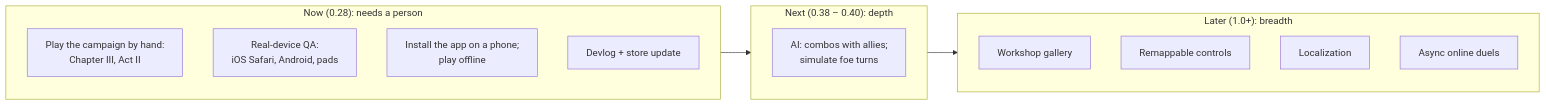
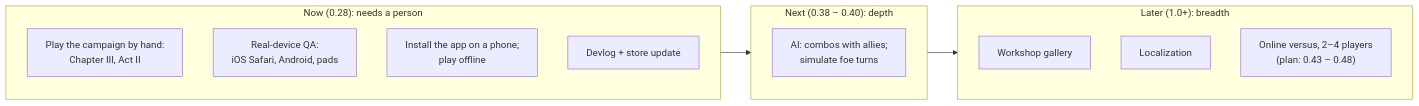
One commit to CptNope/Chess-RPG-Tactics changed the second of 4 diagrams in docs/ROADMAP.md. Above: the diagram before and after it, drawn with Mermaid. The commit also changed other lines of this file and 2 other files, not shown here.

Commit message:
Plan: online versus for 2-4 players
- docs/ONLINE_VERSUS.md: modes (duel, free-for-all, 2v2), private rooms
  by code, team sources (preset, built on a JP budget, campaign squad with
  level sync), a server-authoritative Cloudflare Durable Object per room,
  the message list, the game-side refactor it needs, releases 0.43-0.48,
  cost, risks and open questions
- Roadmap: the Later item points to the plan; drops the shipped
  "Remappable controls" box
- Docs index row

Claude-Session: https://claude.ai/code/session_01WcBCuNxp6LsCfQKFRAkXjh

````diff
--- a/docs/ROADMAP.md
+++ b/docs/ROADMAP.md
@@ -113,22 +113,21 @@
 ```mermaid
 flowchart LR
     subgraph NOW["Now (0.28): needs a person"]
         direction TB
         N1["Play the campaign by hand:<br/>Chapter III, Act II"]
         N2["Real-device QA:<br/>iOS Safari, Android, pads"]
         N3["Install the app on a phone;<br/>play offline"]
         N4["Devlog + store update"]
     end
     subgraph NEXT["Next (0.38 – 0.40): depth"]
         direction TB
         X1["AI: combos with allies;<br/>simulate foe turns"]
     end
     subgraph LATER["Later (1.0+): breadth"]
         direction TB
         L4["Workshop gallery"]
-        L5["Remappable controls"]
         L6["Localization"]
-        L7["Async online duels"]
+        L7["Online versus, 2–4 players<br/>(plan: 0.43 – 0.48)"]
     end
     NOW --> NEXT --> LATER
 ```
````
